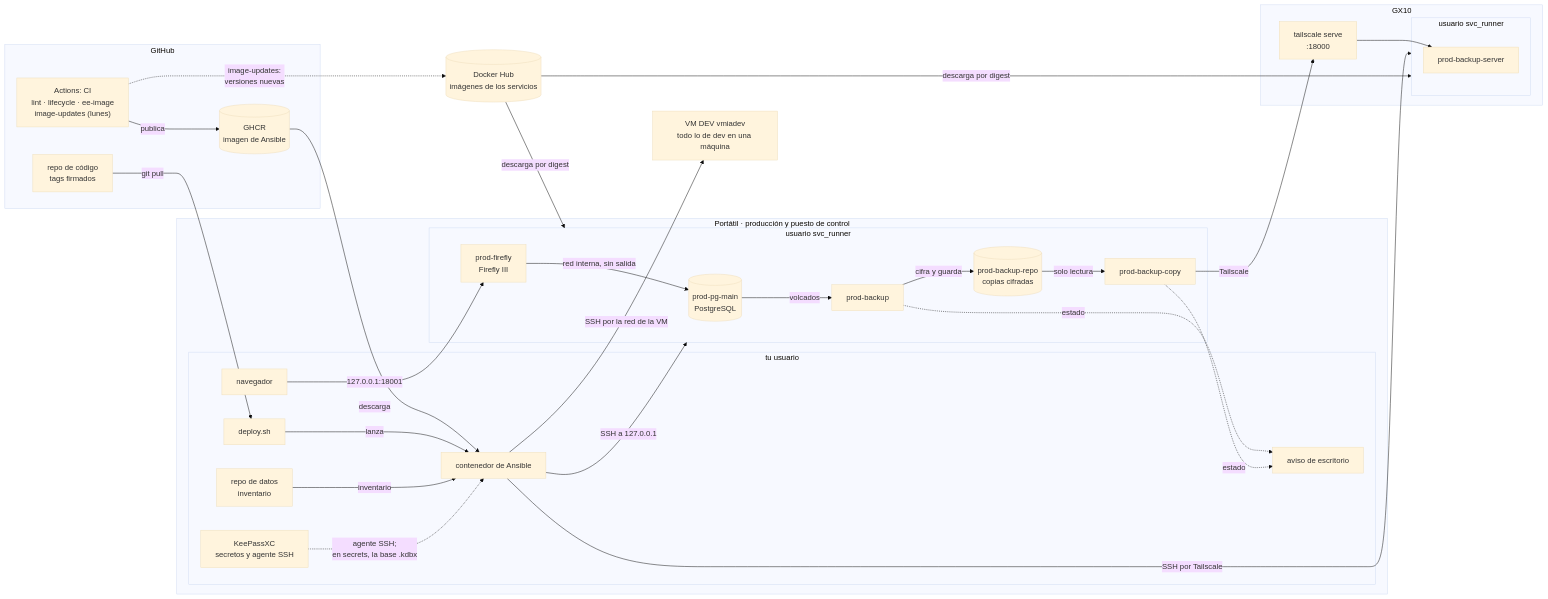
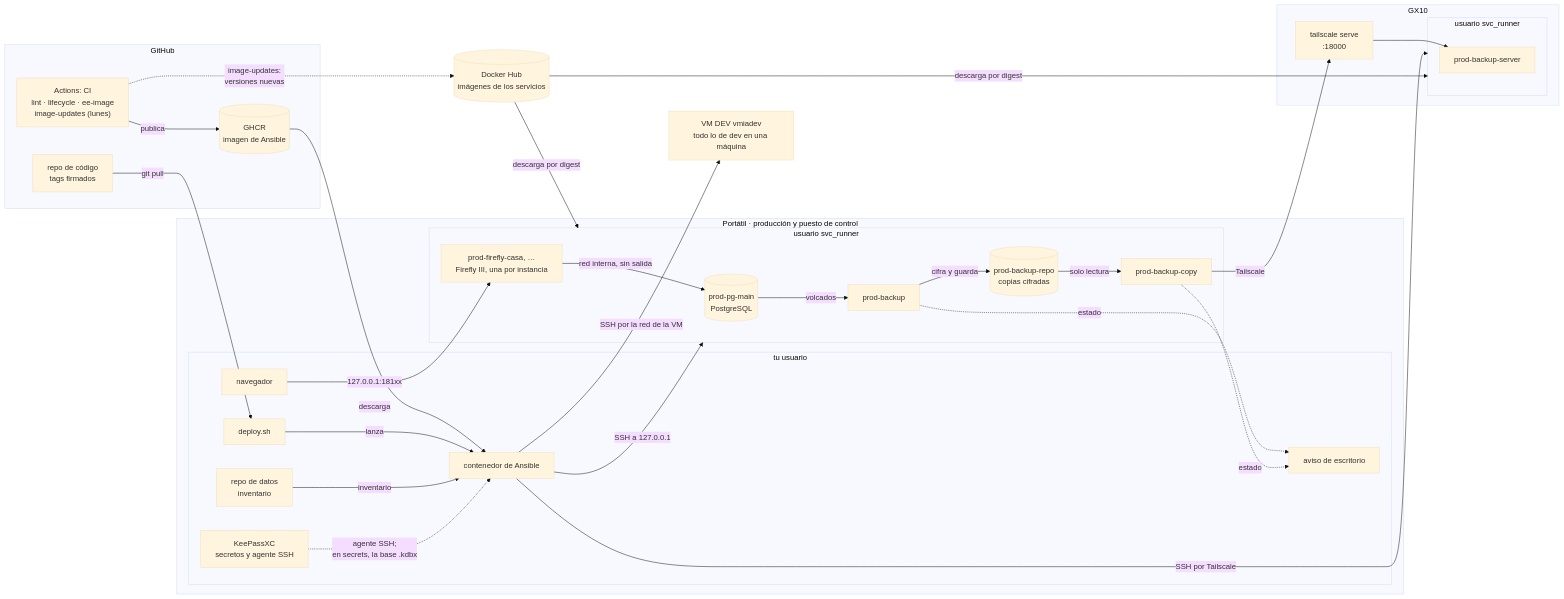
Before and after one commit to laperl/infra-podman: the first of 3 diagrams in docs/ARCHITECTURE.md, drawn with Mermaid (base theme). The commit also changed other lines of this file and 35 other files, not shown here.

First line of the commit message:
feat: Firefly III as independent instances (R48)

````diff
--- a/docs/ARCHITECTURE.md
+++ b/docs/ARCHITECTURE.md
@@ -23,58 +23,58 @@
 ```mermaid
 flowchart LR
   subgraph gh["GitHub"]
     code["repo de código<br/>tags firmados"]
     ci["Actions: CI<br/>lint · lifecycle · ee-image<br/>image-updates (lunes)"]
     ghcr[("GHCR<br/>imagen de Ansible")]
   end
   hub[("Docker Hub<br/>imágenes de los servicios")]
 
   subgraph laptop["Portátil · producción y puesto de control"]
     subgraph op["tu usuario"]
       kp["KeePassXC<br/>secretos y agente SSH"]
       data["repo de datos<br/>inventario"]
       ds["deploy.sh"]
       ee["contenedor de Ansible"]
       nt["aviso de escritorio"]
       br["navegador"]
     end
     subgraph lsvc["usuario svc_runner"]
       pg[("prod-pg-main<br/>PostgreSQL")]
-      ff["prod-firefly<br/>Firefly III"]
+      ff["prod-firefly-casa, …<br/>Firefly III, una por instancia"]
       bk["prod-backup"]
       repo[("prod-backup-repo<br/>copias cifradas")]
       cp["prod-backup-copy"]
     end
   end
 
   subgraph gx["GX10"]
     tsv["tailscale serve<br/>:18000"]
     subgraph gsvc["usuario svc_runner"]
       rs["prod-backup-server"]
     end
   end
 
   dev["VM DEV vmiadev<br/>todo lo de dev en una máquina"]
 
   code -- "git pull" --> ds
   ci -- "publica" --> ghcr
   ci -. "image-updates:<br/>versiones nuevas" .-> hub
   ghcr -- "descarga" --> ee
   ds -- "lanza" --> ee
   data -- "inventario" --> ee
   kp -. "agente SSH;<br/>en secrets, la base .kdbx" .-> ee
   ee -- "SSH a 127.0.0.1" --> lsvc
   ee -- "SSH por Tailscale" --> gsvc
   ee -- "SSH por la red de la VM" --> dev
   hub -- "descarga por digest" --> lsvc
   hub -- "descarga por digest" --> gsvc
-  br -- "127.0.0.1:18001" --> ff
+  br -- "127.0.0.1:181xx" --> ff
   ff -- "red interna, sin salida" --> pg
   pg -- "volcados" --> bk
   bk -- "cifra y guarda" --> repo
   repo -- "solo lectura" --> cp
   cp -- "Tailscale" --> tsv
   tsv --> rs
   bk -. "estado" .-> nt
   cp -. "estado" .-> nt
 ```
````
